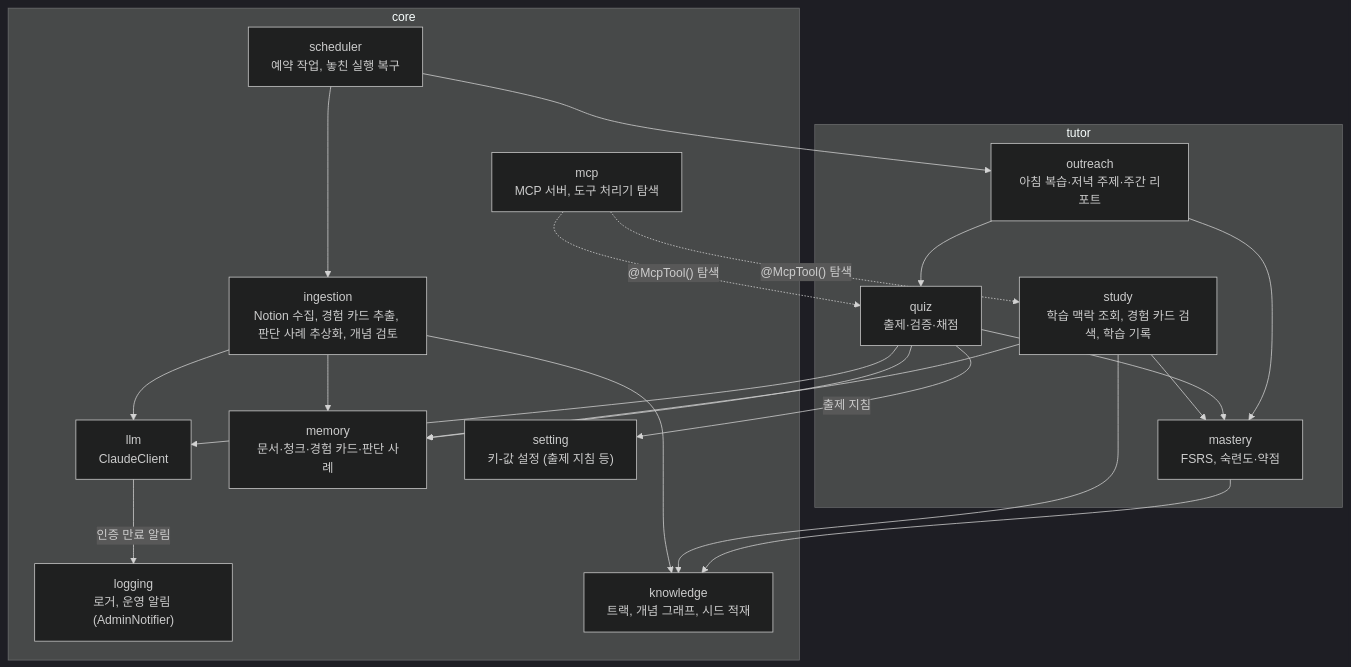
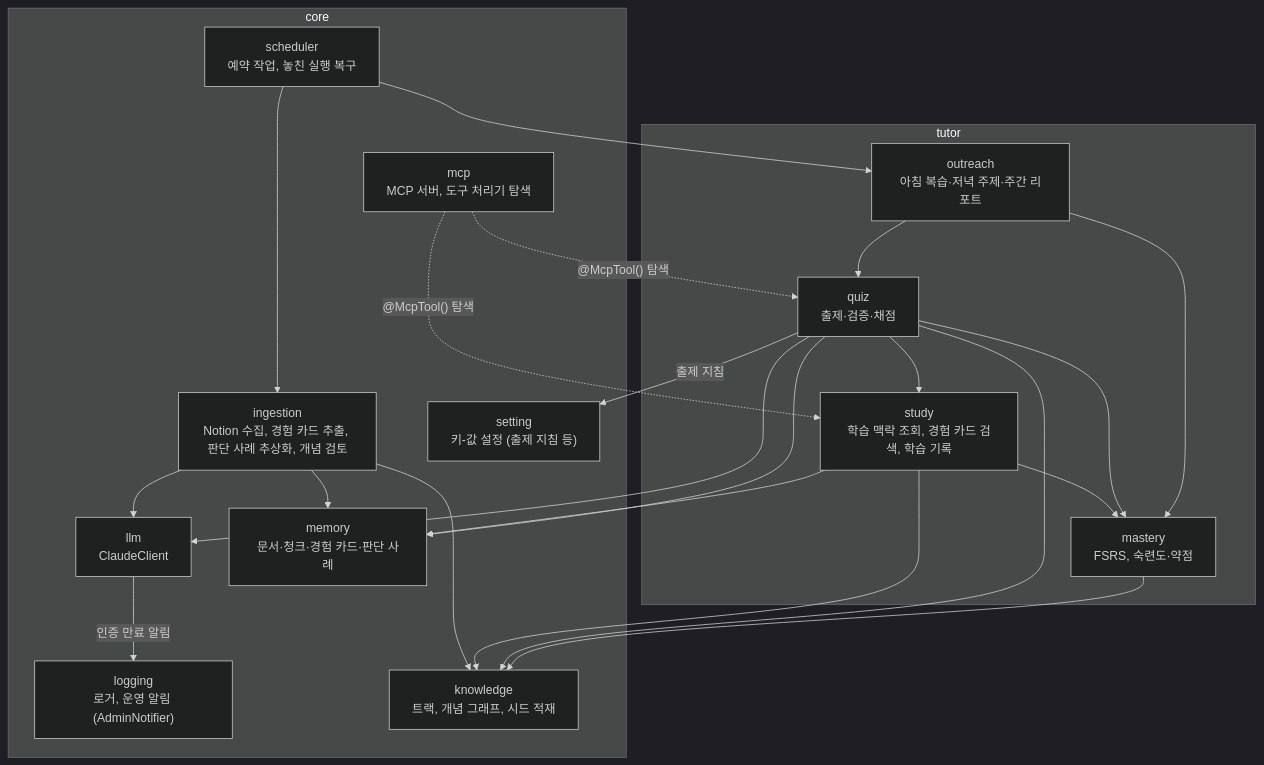
One commit to Wonchang0314/growth-assistant changed the diagram in docs/architecture/c4-3-component.md. Above: the diagram before and after it, drawn with Mermaid (dark theme). The commit also changed other lines of this file and 42 other files, not shown here.

````diff
--- a/docs/architecture/c4-3-component.md
+++ b/docs/architecture/c4-3-component.md
@@ -5,43 +5,45 @@
 ```mermaid
 flowchart TB
     subgraph core
         mcp["mcp<br/>MCP 서버, 도구 처리기 탐색"]
         llm["llm<br/>ClaudeClient"]
         logging["logging<br/>로거, 운영 알림 (AdminNotifier)"]
         memory["memory<br/>문서·청크·경험 카드·판단 사례"]
         knowledge["knowledge<br/>트랙, 개념 그래프, 시드 적재"]
         ingestion["ingestion<br/>Notion 수집, 경험 카드 추출, 판단 사례 추상화, 개념 검토"]
         scheduler["scheduler<br/>예약 작업, 놓친 실행 복구"]
         setting["setting<br/>키-값 설정 (출제 지침 등)"]
     end
 
     subgraph tutor
         study["study<br/>학습 맥락 조회, 경험 카드 검색, 학습 기록"]
         quiz["quiz<br/>출제·검증·채점"]
         mastery["mastery<br/>FSRS, 숙련도·약점"]
         outreach["outreach<br/>아침 복습·저녁 주제·주간 리포트"]
     end
 
     mcp -.->|"@McpTool() 탐색"| study
     mcp -.->|"@McpTool() 탐색"| quiz
     scheduler --> outreach
     scheduler --> ingestion
     llm -->|"인증 만료 알림"| logging
     quiz -->|"출제 지침"| setting
 
     ingestion --> llm
     ingestion --> memory
     ingestion --> knowledge
 
     study --> memory
     study --> knowledge
     study --> mastery
 
     quiz --> llm
     quiz --> mastery
     quiz --> memory
+    quiz --> knowledge
+    quiz --> study
 
     mastery --> knowledge
     outreach --> quiz
     outreach --> mastery
 ```
````
